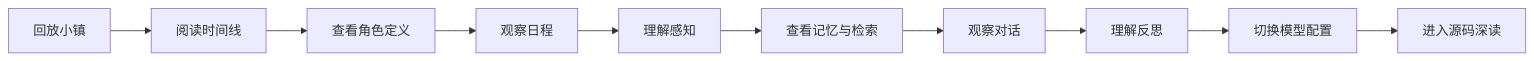
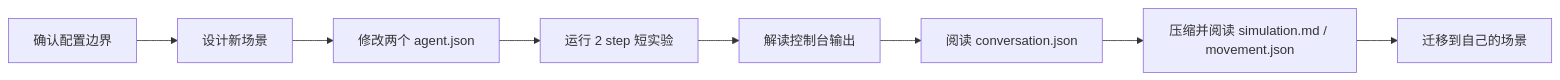
One commit to tbkken/GenerativeAgentsCN changed the diagram in docs/book/manuscript/part_02/chapter_13.md. Above: the diagram before and after it, drawn with Mermaid. The commit also changed other lines of this file and 25 other files, not shown here.

````diff
--- a/docs/book/manuscript/part_02/chapter_13.md
+++ b/docs/book/manuscript/part_02/chapter_13.md
@@ -7,12 +11,10 @@
 ```mermaid
 flowchart LR
-    Replay["回放小镇"] --> Timeline["阅读时间线"]
-    Timeline --> Persona["查看角色定义"]
-    Persona --> Schedule["观察日程"]
-    Schedule --> Perception["理解感知"]
-    Perception --> Memory["查看记忆与检索"]
-    Memory --> Dialogue["观察对话"]
-    Dialogue --> Reflection["理解反思"]
-    Reflection --> Model["切换模型配置"]
-    Model --> Code["进入源码深读"]
+    Boundary["确认配置边界"] --> Scene["设计新场景"]
+    Scene --> AgentJson["修改两个 agent.json"]
+    AgentJson --> Run["运行 2 step 短实验"]
+    Run --> Log["解读控制台输出"]
+    Log --> Conversation["阅读 conversation.json"]
+    Conversation --> Compressed["压缩并阅读 simulation.md / movement.json"]
+    Compressed --> Transfer["迁移到自己的场景"]
 ```
````
